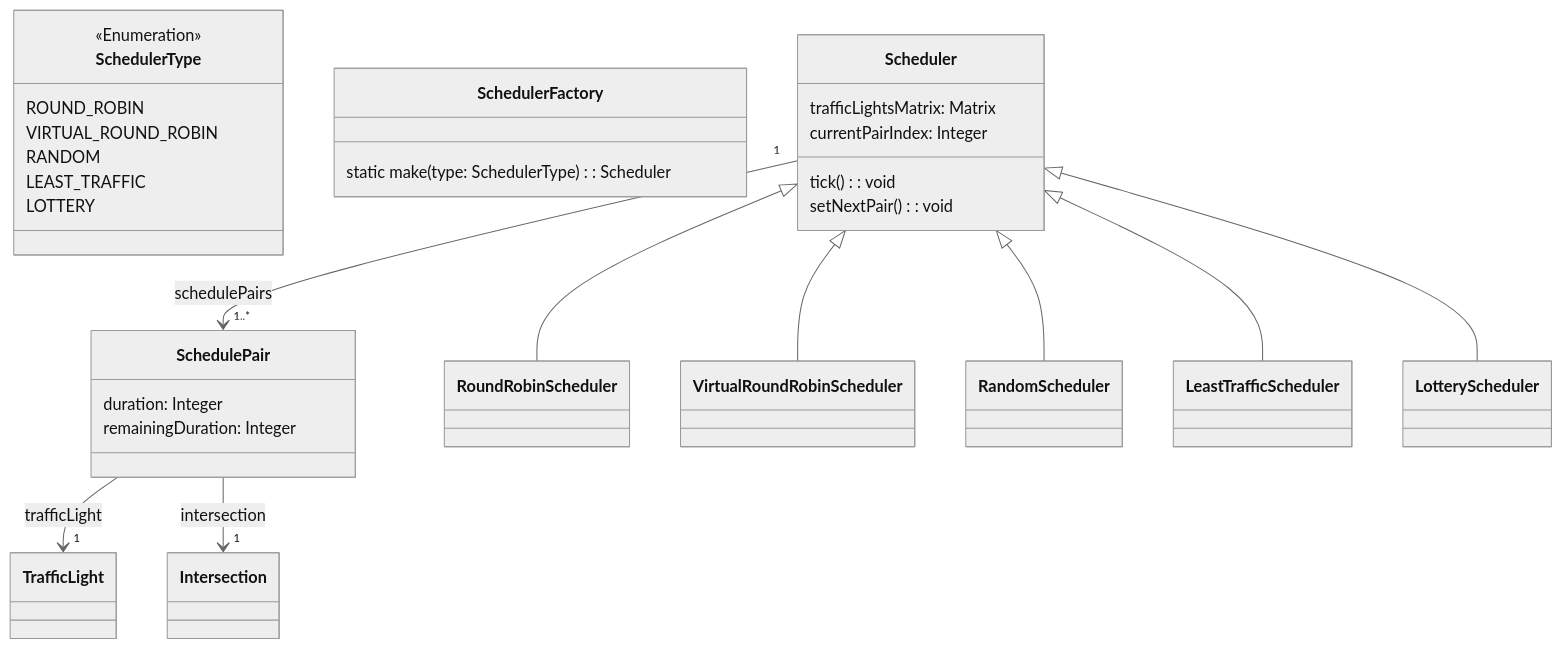
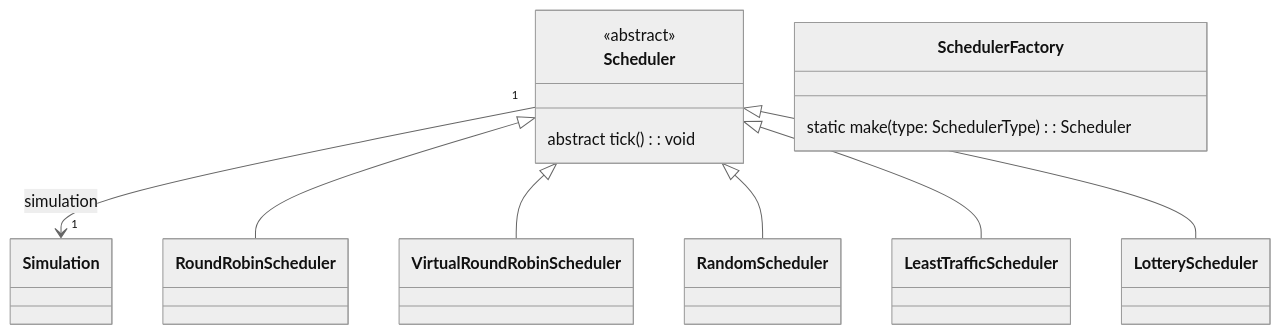
Before and after one commit to dominikfladung/Hash-Code-2021: the second of 2 diagrams in README.md, drawn with Mermaid (neutral theme). The commit also changed other lines of this file and 21 other files, not shown here.

````diff
--- a/README.md
+++ b/README.md
@@ -111,37 +114,19 @@
 ```mermaid
 classDiagram
 
-class SchedulerType {
-    <<Enumeration>>
-    ROUND_ROBIN
-    VIRTUAL_ROUND_ROBIN
-    RANDOM
-    LEAST_TRAFFIC
-    LOTTERY
-}
-
-class SchedulerFactory {
-    static make(type: SchedulerType): Scheduler
-}
-
-Scheduler "1" --> "1..*" SchedulePair : schedulePairs
+Scheduler "1" --> "1" Simulation : simulation
 class Scheduler {
-    trafficLightsMatrix: Matrix
-    currentPairIndex: Integer
-    tick(): void
-    setNextPair(): void
+    <<abstract>>
+    abstract tick(): void
 }
 
 Scheduler <|-- RoundRobinScheduler
 Scheduler <|-- VirtualRoundRobinScheduler
 Scheduler <|-- RandomScheduler
 Scheduler <|-- LeastTrafficScheduler
 Scheduler <|-- LotteryScheduler
 
-SchedulePair --> "1" TrafficLight : trafficLight
-SchedulePair --> "1" Intersection : intersection
-class SchedulePair {
-    duration: Integer
-    remainingDuration: Integer
+class SchedulerFactory {
+    static make(type: SchedulerType): Scheduler
 }
 ```
````
